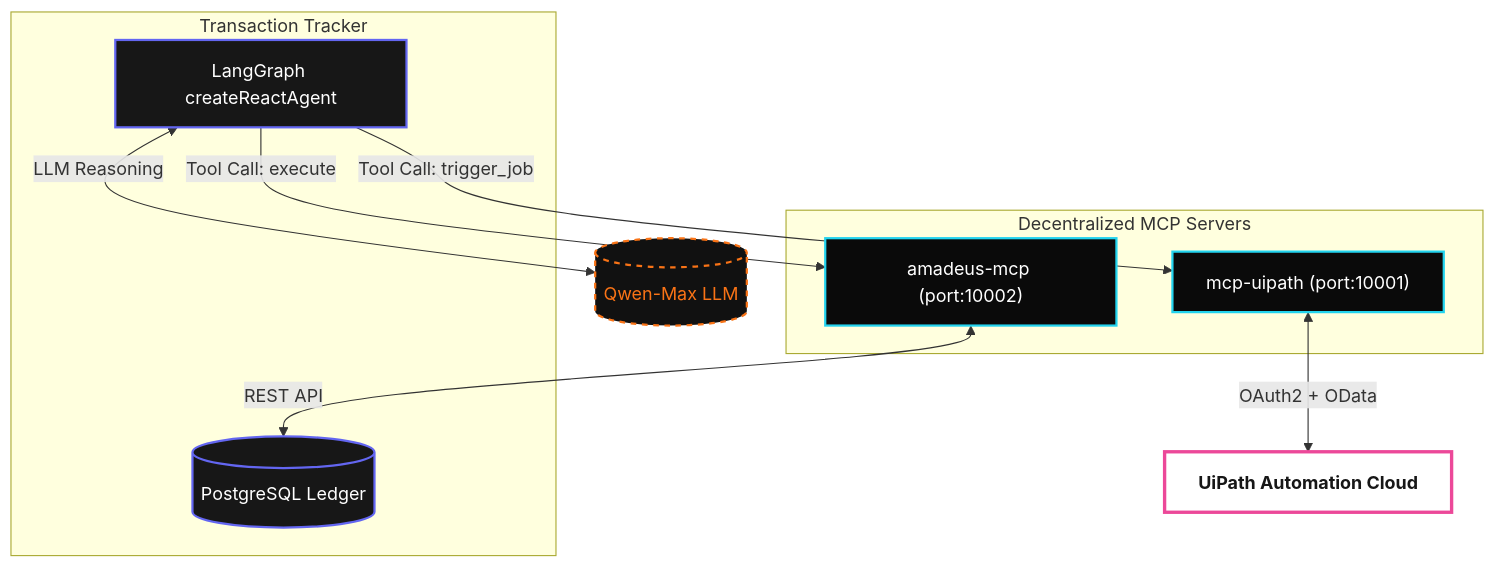
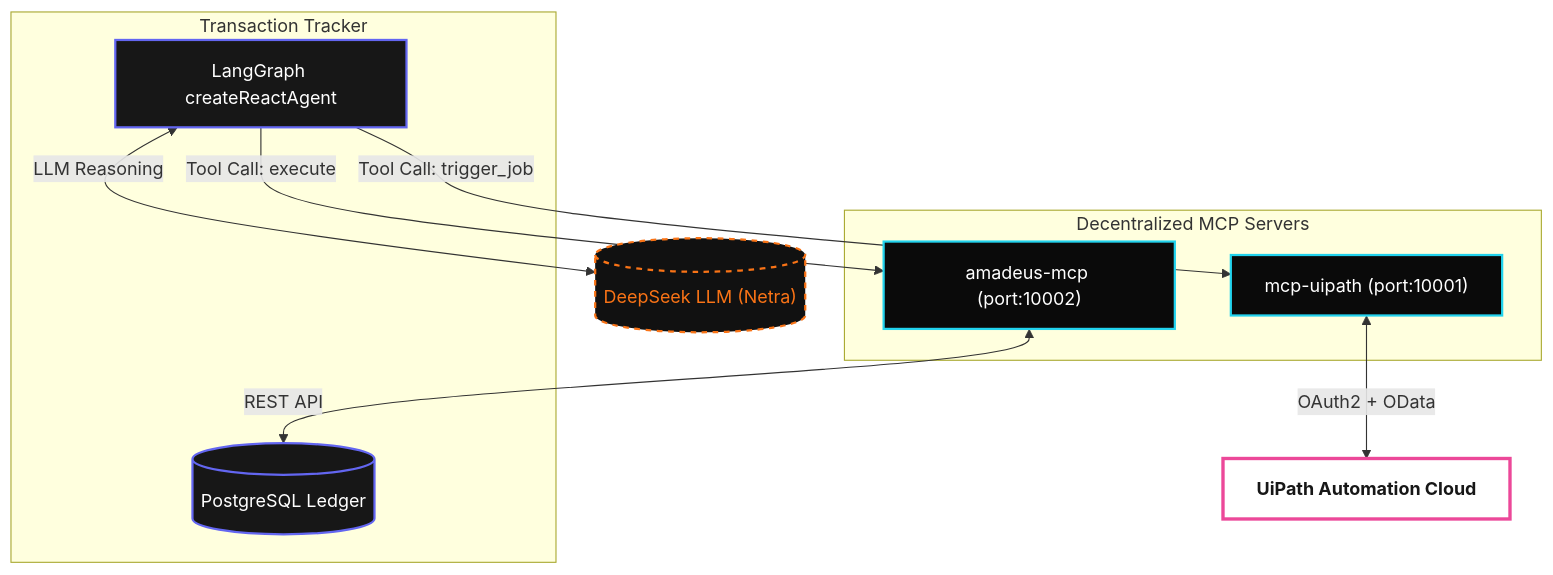
The second of 2 diagrams in microservice/frontend/src/content/docs/architecture-overview.md (Engineering-Reality/kachponz), drawn with Mermaid before and after one commit. The commit also changed other lines of this file and 45 other files, not shown here.

First line of the commit message:
feat: migrate LLM provider OpenRouter/Qwen -> Netra Runtime + Next 16 proxy wiring

````diff
--- a/microservice/frontend/src/content/docs/architecture-overview.md
+++ b/microservice/frontend/src/content/docs/architecture-overview.md
@@ -87,28 +87,28 @@
 ```mermaid
 graph TD
     classDef engine fill:#171717,stroke:#6366f1,stroke-width:2px,color:#fff
     classDef mcp fill:#0a0a0a,stroke:#22d3ee,stroke-width:2px,color:#fff
     classDef rpa fill:#fff,stroke:#ec4899,stroke-width:3px,color:#171717,font-weight:bold
     classDef ext fill:#111,stroke:#f97316,stroke-width:2px,color:#f97316,stroke-dasharray:5 5
 
-    LLM[("Qwen-Max LLM")]:::ext
+    LLM[("DeepSeek LLM (Netra)")]:::ext
     
     subgraph S1 ["Transaction Tracker"]
         Engine["LangGraph createReactAgent"]:::engine
         TrackerDB[("PostgreSQL Ledger")]:::engine
     end
 
     subgraph S2 ["Decentralized MCP Servers"]
         AMCP["amadeus-mcp (port:10002)"]:::mcp
         UMCP["mcp-uipath (port:10001)"]:::mcp
     end
     
     Cloud["UiPath Automation Cloud"]:::rpa
 
     Engine <-->|"LLM Reasoning"| LLM
     Engine -->|"Tool Call: execute"| AMCP
     Engine -->|"Tool Call: trigger_job"| UMCP
     
     AMCP <-->|"REST API"| TrackerDB
     UMCP <-->|"OAuth2 + OData"| Cloud
 ```
````
